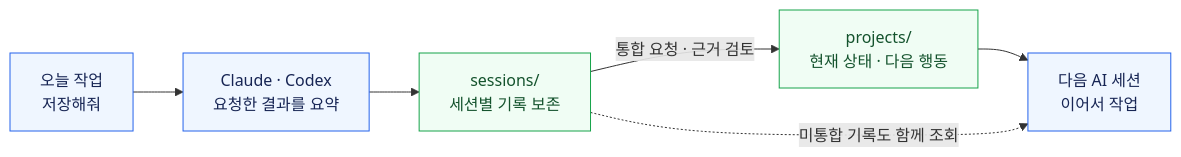
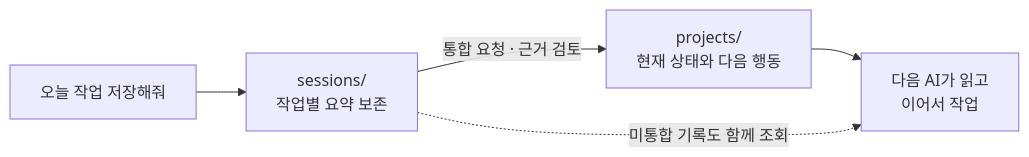
Before and after one commit to westtrain/second-brain-kit: the second of 3 diagrams in README.md, drawn with Mermaid. The commit also changed other lines of this file and 32 other files, not shown here.

````diff
--- a/README.md
+++ b/README.md
@@ -14,13 +37,7 @@
 ```mermaid
 flowchart LR
-    user["오늘 작업<br/>저장해줘"] --> ai["Claude · Codex<br/>요청한 결과를 요약"]
-    ai --> sessions["sessions/<br/>세션별 기록 보존"]
-    sessions -->|통합 요청 · 근거 검토| projects["projects/<br/>현재 상태 · 다음 행동"]
-    projects --> next["다음 AI 세션<br/>이어서 작업"]
-    sessions -.->|미통합 기록도 함께 조회| next
-
-    classDef action fill:#eff6ff,stroke:#2563eb,color:#172554
-    classDef memory fill:#f0fdf4,stroke:#16a34a,color:#14532d
-    class user,ai,next action
-    class sessions,projects memory
+    request["오늘 작업 저장해줘"] --> session["sessions/<br/>작업별 요약 보존"]
+    session -->|통합 요청 · 근거 검토| project["projects/<br/>현재 상태와 다음 행동"]
+    project --> next["다음 AI가 읽고<br/>이어서 작업"]
+    session -.->|미통합 기록도 함께 조회| next
 ```
````
